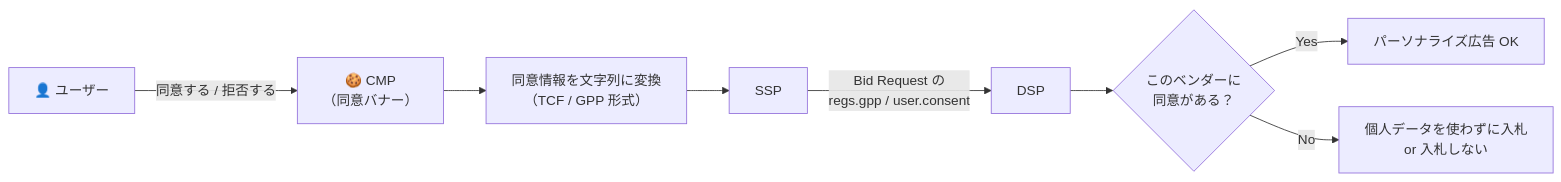
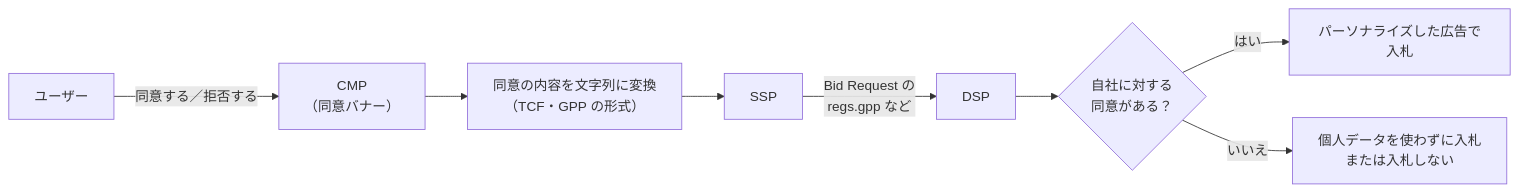
Before and after one commit to yasut0ra/rtb-study: the fourth of 4 diagrams in docs/07-privacy.md, drawn with Mermaid. The commit also changed other lines of this file and 36 other files, not shown here.

````diff
--- a/docs/07-privacy.md
+++ b/docs/07-privacy.md
@@ -89,10 +112,10 @@
 ```mermaid
 flowchart LR
-    U["👤 ユーザー"] -- "同意する / 拒否する" --> CMP["🍪 CMP<br/>（同意バナー）"]
-    CMP --> STR["同意情報を文字列に変換<br/>（TCF / GPP 形式）"]
+    U["ユーザー"] -- "同意する／拒否する" --> CMP["CMP<br/>（同意バナー）"]
+    CMP --> STR["同意の内容を文字列に変換<br/>（TCF・GPP の形式）"]
     STR --> SSP["SSP"]
-    SSP -- "Bid Request の<br/>regs.gpp / user.consent" --> DSP["DSP"]
-    DSP --> J{"このベンダーに<br/>同意がある？"}
-    J -- Yes --> OK["パーソナライズ広告 OK"]
-    J -- No --> NG["個人データを使わずに入札<br/>or 入札しない"]
+    SSP -- "Bid Request の<br/>regs.gpp など" --> DSP["DSP"]
+    DSP --> J{"自社に対する<br/>同意がある？"}
+    J -- はい --> OK["パーソナライズした広告で入札"]
+    J -- いいえ --> NG["個人データを使わずに入札<br/>または入札しない"]
 ```
````
